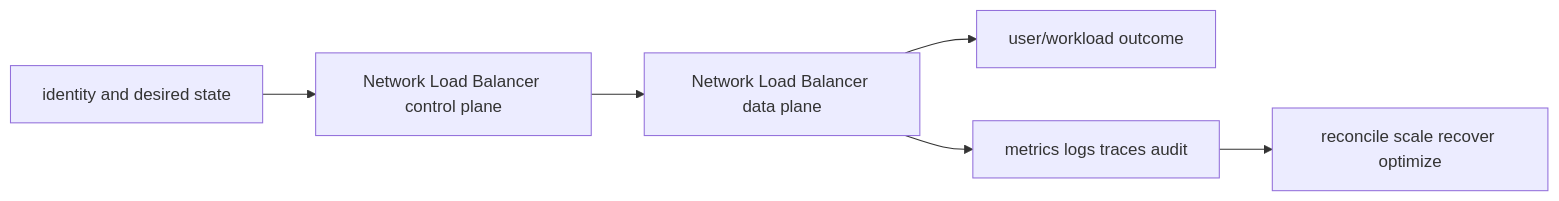
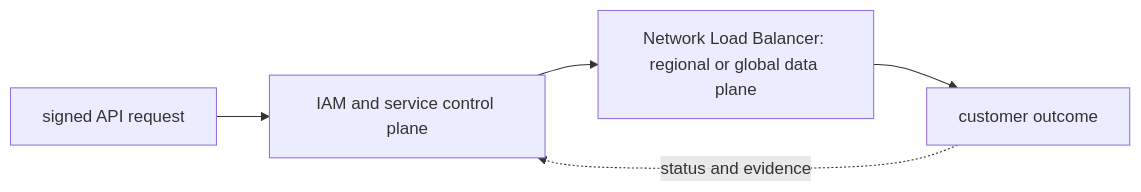
The diagram in 07-aws/04-load-balancing/02-nlb/README.md (tomkidumbuyo/DevOps-interview-preparation), drawn with Mermaid before and after one commit. The commit also changed other lines of this file and 753 other files, not shown here.

````diff
--- a/07-aws/04-load-balancing/02-nlb/README.md
+++ b/07-aws/04-load-balancing/02-nlb/README.md
@@ -19,8 +31,7 @@
 ```mermaid
 flowchart LR
-  I[identity and desired state] --> C[Network Load Balancer control plane]
-  C --> D[Network Load Balancer data plane]
-  D --> U[user/workload outcome]
-  D --> O[metrics logs traces audit]
-  O --> R[reconcile scale recover optimize]
+  A["signed API request"] --> B["IAM and service control plane"]
+  B --> C["Network Load Balancer: regional or global data plane"]
+  C --> D["customer outcome"]
+  D -. "status and evidence" .-> B
 ```
````
